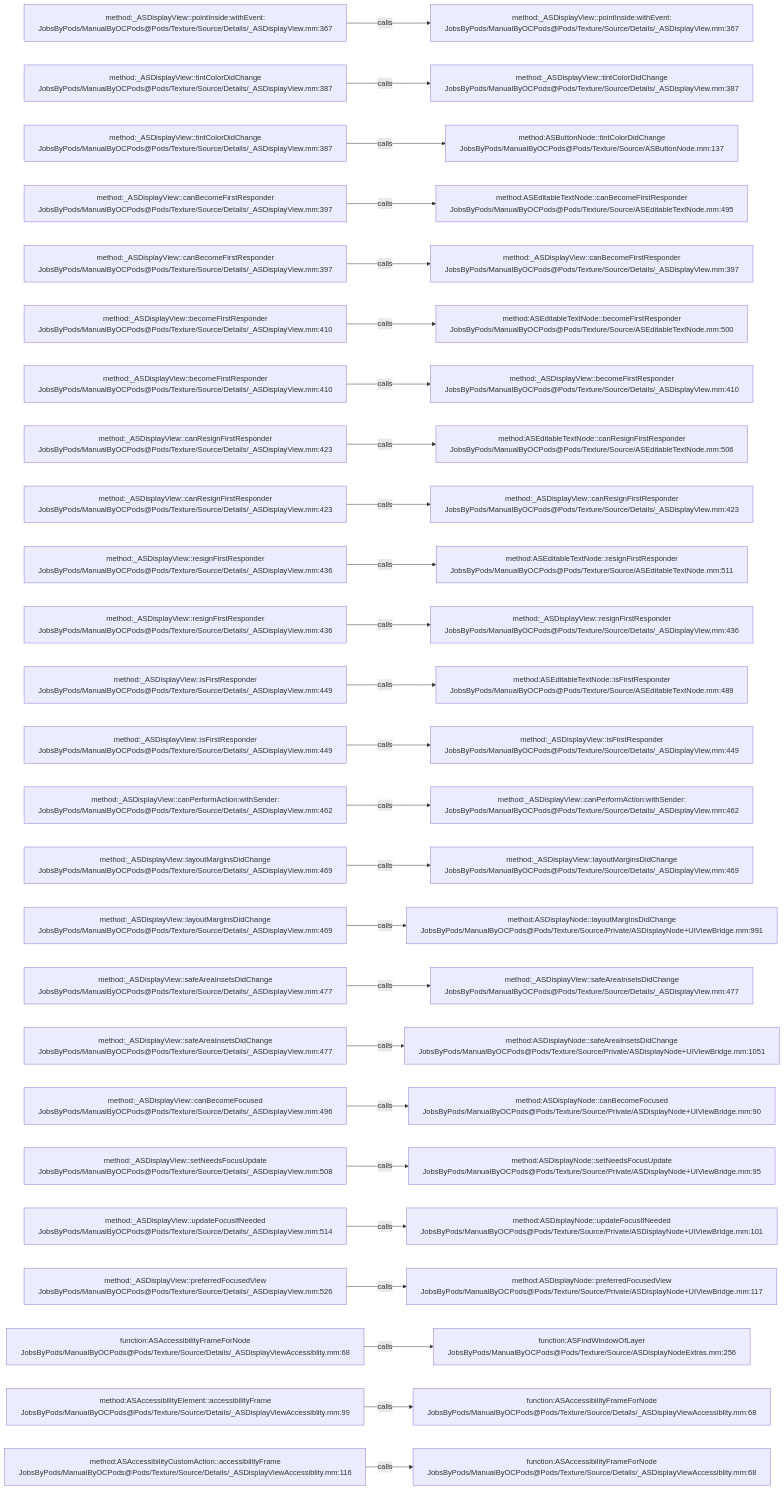
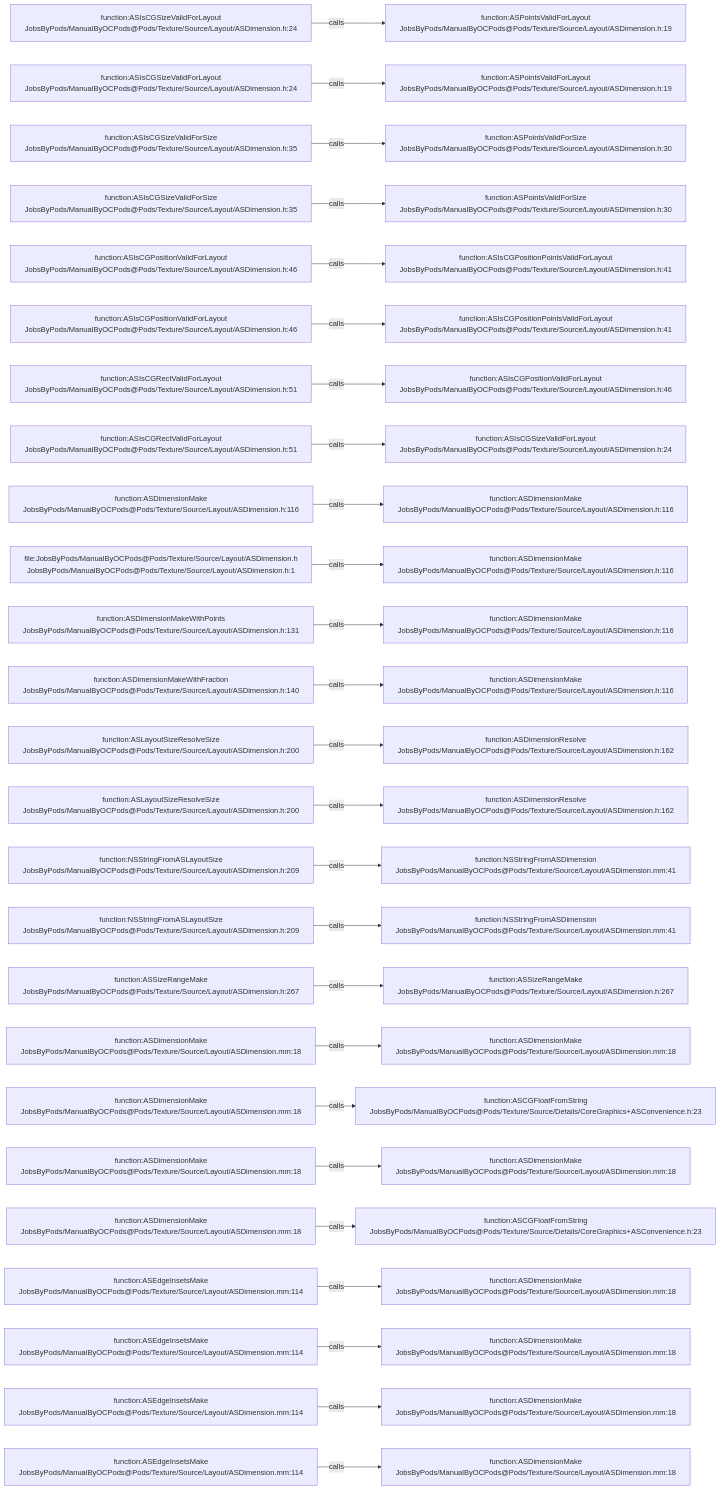
One commit to JobsKits/JobsOCBaseConfigDemo changed the diagram in .codegraph/codegraph.md/graphs/calls-174.md. Above: the diagram before and after it, drawn with Mermaid. The commit also changed 1353 other files, not shown here.

````diff
--- a/.codegraph/codegraph.md/graphs/calls-174.md
+++ b/.codegraph/codegraph.md/graphs/calls-174.md
@@ -13,78 +13,78 @@
 ```mermaid
 flowchart LR
-  S1["method:_ASDisplayView::pointInside:withEvent:<br/>JobsByPods/ManualByOCPods@Pods/Texture/Source/Details/_ASDisplayView.mm:367"]
-  T1["method:_ASDisplayView::pointInside:withEvent:<br/>JobsByPods/ManualByOCPods@Pods/Texture/Source/Details/_ASDisplayView.mm:367"]
+  S1["function:ASIsCGSizeValidForLayout<br/>JobsByPods/ManualByOCPods@Pods/Texture/Source/Layout/ASDimension.h:24"]
+  T1["function:ASPointsValidForLayout<br/>JobsByPods/ManualByOCPods@Pods/Texture/Source/Layout/ASDimension.h:19"]
   S1 -->|calls| T1
-  S2["method:_ASDisplayView::tintColorDidChange<br/>JobsByPods/ManualByOCPods@Pods/Texture/Source/Details/_ASDisplayView.mm:387"]
-  T2["method:_ASDisplayView::tintColorDidChange<br/>JobsByPods/ManualByOCPods@Pods/Texture/Source/Details/_ASDisplayView.mm:387"]
+  S2["function:ASIsCGSizeValidForLayout<br/>JobsByPods/ManualByOCPods@Pods/Texture/Source/Layout/ASDimension.h:24"]
+  T2["function:ASPointsValidForLayout<br/>JobsByPods/ManualByOCPods@Pods/Texture/Source/Layout/ASDimension.h:19"]
   S2 -->|calls| T2
-  S3["method:_ASDisplayView::tintColorDidChange<br/>JobsByPods/ManualByOCPods@Pods/Texture/Source/Details/_ASDisplayView.mm:387"]
-  T3["method:ASButtonNode::tintColorDidChange<br/>JobsByPods/ManualByOCPods@Pods/Texture/Source/ASButtonNode.mm:137"]
+  S3["function:ASIsCGSizeValidForSize<br/>JobsByPods/ManualByOCPods@Pods/Texture/Source/Layout/ASDimension.h:35"]
+  T3["function:ASPointsValidForSize<br/>JobsByPods/ManualByOCPods@Pods/Texture/Source/Layout/ASDimension.h:30"]
   S3 -->|calls| T3
-  S4["method:_ASDisplayView::canBecomeFirstResponder<br/>JobsByPods/ManualByOCPods@Pods/Texture/Source/Details/_ASDisplayView.mm:397"]
-  T4["method:ASEditableTextNode::canBecomeFirstResponder<br/>JobsByPods/ManualByOCPods@Pods/Texture/Source/ASEditableTextNode.mm:495"]
+  S4["function:ASIsCGSizeValidForSize<br/>JobsByPods/ManualByOCPods@Pods/Texture/Source/Layout/ASDimension.h:35"]
+  T4["function:ASPointsValidForSize<br/>JobsByPods/ManualByOCPods@Pods/Texture/Source/Layout/ASDimension.h:30"]
   S4 -->|calls| T4
-  S5["method:_ASDisplayView::canBecomeFirstResponder<br/>JobsByPods/ManualByOCPods@Pods/Texture/Source/Details/_ASDisplayView.mm:397"]
-  T5["method:_ASDisplayView::canBecomeFirstResponder<br/>JobsByPods/ManualByOCPods@Pods/Texture/Source/Details/_ASDisplayView.mm:397"]
+  S5["function:ASIsCGPositionValidForLayout<br/>JobsByPods/ManualByOCPods@Pods/Texture/Source/Layout/ASDimension.h:46"]
+  T5["function:ASIsCGPositionPointsValidForLayout<br/>JobsByPods/ManualByOCPods@Pods/Texture/Source/Layout/ASDimension.h:41"]
   S5 -->|calls| T5
-  S6["method:_ASDisplayView::becomeFirstResponder<br/>JobsByPods/ManualByOCPods@Pods/Texture/Source/Details/_ASDisplayView.mm:410"]
-  T6["method:ASEditableTextNode::becomeFirstResponder<br/>JobsByPods/ManualByOCPods@Pods/Texture/Source/ASEditableTextNode.mm:500"]
+  S6["function:ASIsCGPositionValidForLayout<br/>JobsByPods/ManualByOCPods@Pods/Texture/Source/Layout/ASDimension.h:46"]
+  T6["function:ASIsCGPositionPointsValidForLayout<br/>JobsByPods/ManualByOCPods@Pods/Texture/Source/Layout/ASDimension.h:41"]
   S6 -->|calls| T6
-  S7["method:_ASDisplayView::becomeFirstResponder<br/>JobsByPods/ManualByOCPods@Pods/Texture/Source/Details/_ASDisplayView.mm:410"]
-  T7["method:_ASDisplayView::becomeFirstResponder<br/>JobsByPods/ManualByOCPods@Pods/Texture/Source/Details/_ASDisplayView.mm:410"]
+  S7["function:ASIsCGRectValidForLayout<br/>JobsByPods/ManualByOCPods@Pods/Texture/Source/Layout/ASDimension.h:51"]
+  T7["function:ASIsCGPositionValidForLayout<br/>JobsByPods/ManualByOCPods@Pods/Texture/Source/Layout/ASDimension.h:46"]
   S7 -->|calls| T7
-  S8["method:_ASDisplayView::canResignFirstResponder<br/>JobsByPods/ManualByOCPods@Pods/Texture/Source/Details/_ASDisplayView.mm:423"]
-  T8["method:ASEditableTextNode::canResignFirstResponder<br/>JobsByPods/ManualByOCPods@Pods/Texture/Source/ASEditableTextNode.mm:506"]
+  S8["function:ASIsCGRectValidForLayout<br/>JobsByPods/ManualByOCPods@Pods/Texture/Source/Layout/ASDimension.h:51"]
+  T8["function:ASIsCGSizeValidForLayout<br/>JobsByPods/ManualByOCPods@Pods/Texture/Source/Layout/ASDimension.h:24"]
   S8 -->|calls| T8
-  S9["method:_ASDisplayView::canResignFirstResponder<br/>JobsByPods/ManualByOCPods@Pods/Texture/Source/Details/_ASDisplayView.mm:423"]
-  T9["method:_ASDisplayView::canResignFirstResponder<br/>JobsByPods/ManualByOCPods@Pods/Texture/Source/Details/_ASDisplayView.mm:423"]
+  S9["function:ASDimensionMake<br/>JobsByPods/ManualByOCPods@Pods/Texture/Source/Layout/ASDimension.h:116"]
+  T9["function:ASDimensionMake<br/>JobsByPods/ManualByOCPods@Pods/Texture/Source/Layout/ASDimension.h:116"]
   S9 -->|calls| T9
-  S10["method:_ASDisplayView::resignFirstResponder<br/>JobsByPods/ManualByOCPods@Pods/Texture/Source/Details/_ASDisplayView.mm:436"]
-  T10["method:ASEditableTextNode::resignFirstResponder<br/>JobsByPods/ManualByOCPods@Pods/Texture/Source/ASEditableTextNode.mm:511"]
+  S10["file:JobsByPods/ManualByOCPods@Pods/Texture/Source/Layout/ASDimension.h<br/>JobsByPods/ManualByOCPods@Pods/Texture/Source/Layout/ASDimension.h:1"]
+  T10["function:ASDimensionMake<br/>JobsByPods/ManualByOCPods@Pods/Texture/Source/Layout/ASDimension.h:116"]
   S10 -->|calls| T10
-  S11["method:_ASDisplayView::resignFirstResponder<br/>JobsByPods/ManualByOCPods@Pods/Texture/Source/Details/_ASDisplayView.mm:436"]
-  T11["method:_ASDisplayView::resignFirstResponder<br/>JobsByPods/ManualByOCPods@Pods/Texture/Source/Details/_ASDisplayView.mm:436"]
+  S11["function:ASDimensionMakeWithPoints<br/>JobsByPods/ManualByOCPods@Pods/Texture/Source/Layout/ASDimension.h:131"]
+  T11["function:ASDimensionMake<br/>JobsByPods/ManualByOCPods@Pods/Texture/Source/Layout/ASDimension.h:116"]
   S11 -->|calls| T11
-  S12["method:_ASDisplayView::isFirstResponder<br/>JobsByPods/ManualByOCPods@Pods/Texture/Source/Details/_ASDisplayView.mm:449"]
-  T12["method:ASEditableTextNode::isFirstResponder<br/>JobsByPods/ManualByOCPods@Pods/Texture/Source/ASEditableTextNode.mm:489"]
+  S12["function:ASDimensionMakeWithFraction<br/>JobsByPods/ManualByOCPods@Pods/Texture/Source/Layout/ASDimension.h:140"]
+  T12["function:ASDimensionMake<br/>JobsByPods/ManualByOCPods@Pods/Texture/Source/Layout/ASDimension.h:116"]
   S12 -->|calls| T12
-  S13["method:_ASDisplayView::isFirstResponder<br/>JobsByPods/ManualByOCPods@Pods/Texture/Source/Details/_ASDisplayView.mm:449"]
-  T13["method:_ASDisplayView::isFirstResponder<br/>JobsByPods/ManualByOCPods@Pods/Texture/Source/Details/_ASDisplayView.mm:449"]
+  S13["function:ASLayoutSizeResolveSize<br/>JobsByPods/ManualByOCPods@Pods/Texture/Source/Layout/ASDimension.h:200"]
+  T13["function:ASDimensionResolve<br/>JobsByPods/ManualByOCPods@Pods/Texture/Source/Layout/ASDimension.h:162"]
   S13 -->|calls| T13
-  S14["method:_ASDisplayView::canPerformAction:withSender:<br/>JobsByPods/ManualByOCPods@Pods/Texture/Source/Details/_ASDisplayView.mm:462"]
-  T14["method:_ASDisplayView::canPerformAction:withSender:<br/>JobsByPods/ManualByOCPods@Pods/Texture/Source/Details/_ASDisplayView.mm:462"]
+  S14["function:ASLayoutSizeResolveSize<br/>JobsByPods/ManualByOCPods@Pods/Texture/Source/Layout/ASDimension.h:200"]
+  T14["function:ASDimensionResolve<br/>JobsByPods/ManualByOCPods@Pods/Texture/Source/Layout/ASDimension.h:162"]
   S14 -->|calls| T14
-  S15["method:_ASDisplayView::layoutMarginsDidChange<br/>JobsByPods/ManualByOCPods@Pods/Texture/Source/Details/_ASDisplayView.mm:469"]
-  T15["method:_ASDisplayView::layoutMarginsDidChange<br/>JobsByPods/ManualByOCPods@Pods/Texture/Source/Details/_ASDisplayView.mm:469"]
+  S15["function:NSStringFromASLayoutSize<br/>JobsByPods/ManualByOCPods@Pods/Texture/Source/Layout/ASDimension.h:209"]
+  T15["function:NSStringFromASDimension<br/>JobsByPods/ManualByOCPods@Pods/Texture/Source/Layout/ASDimension.mm:41"]
   S15 -->|calls| T15
-  S16["method:_ASDisplayView::layoutMarginsDidChange<br/>JobsByPods/ManualByOCPods@Pods/Texture/Source/Details/_ASDisplayView.mm:469"]
-  T16["method:ASDisplayNode::layoutMarginsDidChange<br/>JobsByPods/ManualByOCPods@Pods/Texture/Source/Private/ASDisplayNode+UIViewBridge.mm:991"]
+  S16["function:NSStringFromASLayoutSize<br/>JobsByPods/ManualByOCPods@Pods/Texture/Source/Layout/ASDimension.h:209"]
+  T16["function:NSStringFromASDimension<br/>JobsByPods/ManualByOCPods@Pods/Texture/Source/Layout/ASDimension.mm:41"]
   S16 -->|calls| T16
-  S17["method:_ASDisplayView::safeAreaInsetsDidChange<br/>JobsByPods/ManualByOCPods@Pods/Texture/Source/Details/_ASDisplayView.mm:477"]
-  T17["method:_ASDisplayView::safeAreaInsetsDidChange<br/>JobsByPods/ManualByOCPods@Pods/Texture/Source/Details/_ASDisplayView.mm:477"]
+  S17["function:ASSizeRangeMake<br/>JobsByPods/ManualByOCPods@Pods/Texture/Source/Layout/ASDimension.h:267"]
+  T17["function:ASSizeRangeMake<br/>JobsByPods/ManualByOCPods@Pods/Texture/Source/Layout/ASDimension.h:267"]
   S17 -->|calls| T17
-  S18["method:_ASDisplayView::safeAreaInsetsDidChange<br/>JobsByPods/ManualByOCPods@Pods/Texture/Source/Details/_ASDisplayView.mm:477"]
-  T18["method:ASDisplayNode::safeAreaInsetsDidChange<br/>JobsByPods/ManualByOCPods@Pods/Texture/Source/Private/ASDisplayNode+UIViewBridge.mm:1051"]
+  S18["function:ASDimensionMake<br/>JobsByPods/ManualByOCPods@Pods/Texture/Source/Layout/ASDimension.mm:18"]
+  T18["function:ASDimensionMake<br/>JobsByPods/ManualByOCPods@Pods/Texture/Source/Layout/ASDimension.mm:18"]
   S18 -->|calls| T18
-  S19["method:_ASDisplayView::canBecomeFocused<br/>JobsByPods/ManualByOCPods@Pods/Texture/Source/Details/_ASDisplayView.mm:496"]
-  T19["method:ASDisplayNode::canBecomeFocused<br/>JobsByPods/ManualByOCPods@Pods/Texture/Source/Private/ASDisplayNode+UIViewBridge.mm:90"]
+  S19["function:ASDimensionMake<br/>JobsByPods/ManualByOCPods@Pods/Texture/Source/Layout/ASDimension.mm:18"]
+  T19["function:ASCGFloatFromString<br/>JobsByPods/ManualByOCPods@Pods/Texture/Source/Details/CoreGraphics+ASConvenience.h:23"]
   S19 -->|calls| T19
-  S20["method:_ASDisplayView::setNeedsFocusUpdate<br/>JobsByPods/ManualByOCPods@Pods/Texture/Source/Details/_ASDisplayView.mm:508"]
-  T20["method:ASDisplayNode::setNeedsFocusUpdate<br/>JobsByPods/ManualByOCPods@Pods/Texture/Source/Private/ASDisplayNode+UIViewBridge.mm:95"]
+  S20["function:ASDimensionMake<br/>JobsByPods/ManualByOCPods@Pods/Texture/Source/Layout/ASDimension.mm:18"]
+  T20["function:ASDimensionMake<br/>JobsByPods/ManualByOCPods@Pods/Texture/Source/Layout/ASDimension.mm:18"]
   S20 -->|calls| T20
-  S21["method:_ASDisplayView::updateFocusIfNeeded<br/>JobsByPods/ManualByOCPods@Pods/Texture/Source/Details/_ASDisplayView.mm:514"]
-  T21["method:ASDisplayNode::updateFocusIfNeeded<br/>JobsByPods/ManualByOCPods@Pods/Texture/Source/Private/ASDisplayNode+UIViewBridge.mm:101"]
+  S21["function:ASDimensionMake<br/>JobsByPods/ManualByOCPods@Pods/Texture/Source/Layout/ASDimension.mm:18"]
+  T21["function:ASCGFloatFromString<br/>JobsByPods/ManualByOCPods@Pods/Texture/Source/Details/CoreGraphics+ASConvenience.h:23"]
   S21 -->|calls| T21
-  S22["method:_ASDisplayView::preferredFocusedView<br/>JobsByPods/ManualByOCPods@Pods/Texture/Source/Details/_ASDisplayView.mm:526"]
-  T22["method:ASDisplayNode::preferredFocusedView<br/>JobsByPods/ManualByOCPods@Pods/Texture/Source/Private/ASDisplayNode+UIViewBridge.mm:117"]
+  S22["function:ASEdgeInsetsMake<br/>JobsByPods/ManualByOCPods@Pods/Texture/Source/Layout/ASDimension.mm:114"]
+  T22["function:ASDimensionMake<br/>JobsByPods/ManualByOCPods@Pods/Texture/Source/Layout/ASDimension.mm:18"]
   S22 -->|calls| T22
-  S23["function:ASAccessibilityFrameForNode<br/>JobsByPods/ManualByOCPods@Pods/Texture/Source/Details/_ASDisplayViewAccessiblity.mm:68"]
-  T23["function:ASFindWindowOfLayer<br/>JobsByPods/ManualByOCPods@Pods/Texture/Source/ASDisplayNodeExtras.mm:256"]
+  S23["function:ASEdgeInsetsMake<br/>JobsByPods/ManualByOCPods@Pods/Texture/Source/Layout/ASDimension.mm:114"]
+  T23["function:ASDimensionMake<br/>JobsByPods/ManualByOCPods@Pods/Texture/Source/Layout/ASDimension.mm:18"]
   S23 -->|calls| T23
-  S24["method:ASAccessibilityElement::accessibilityFrame<br/>JobsByPods/ManualByOCPods@Pods/Texture/Source/Details/_ASDisplayViewAccessiblity.mm:99"]
-  T24["function:ASAccessibilityFrameForNode<br/>JobsByPods/ManualByOCPods@Pods/Texture/Source/Details/_ASDisplayViewAccessiblity.mm:68"]
+  S24["function:ASEdgeInsetsMake<br/>JobsByPods/ManualByOCPods@Pods/Texture/Source/Layout/ASDimension.mm:114"]
+  T24["function:ASDimensionMake<br/>JobsByPods/ManualByOCPods@Pods/Texture/Source/Layout/ASDimension.mm:18"]
   S24 -->|calls| T24
-  S25["method:ASAccessibilityCustomAction::accessibilityFrame<br/>JobsByPods/ManualByOCPods@Pods/Texture/Source/Details/_ASDisplayViewAccessiblity.mm:116"]
-  T25["function:ASAccessibilityFrameForNode<br/>JobsByPods/ManualByOCPods@Pods/Texture/Source/Details/_ASDisplayViewAccessiblity.mm:68"]
+  S25["function:ASEdgeInsetsMake<br/>JobsByPods/ManualByOCPods@Pods/Texture/Source/Layout/ASDimension.mm:114"]
+  T25["function:ASDimensionMake<br/>JobsByPods/ManualByOCPods@Pods/Texture/Source/Layout/ASDimension.mm:18"]
   S25 -->|calls| T25
 ```
````
